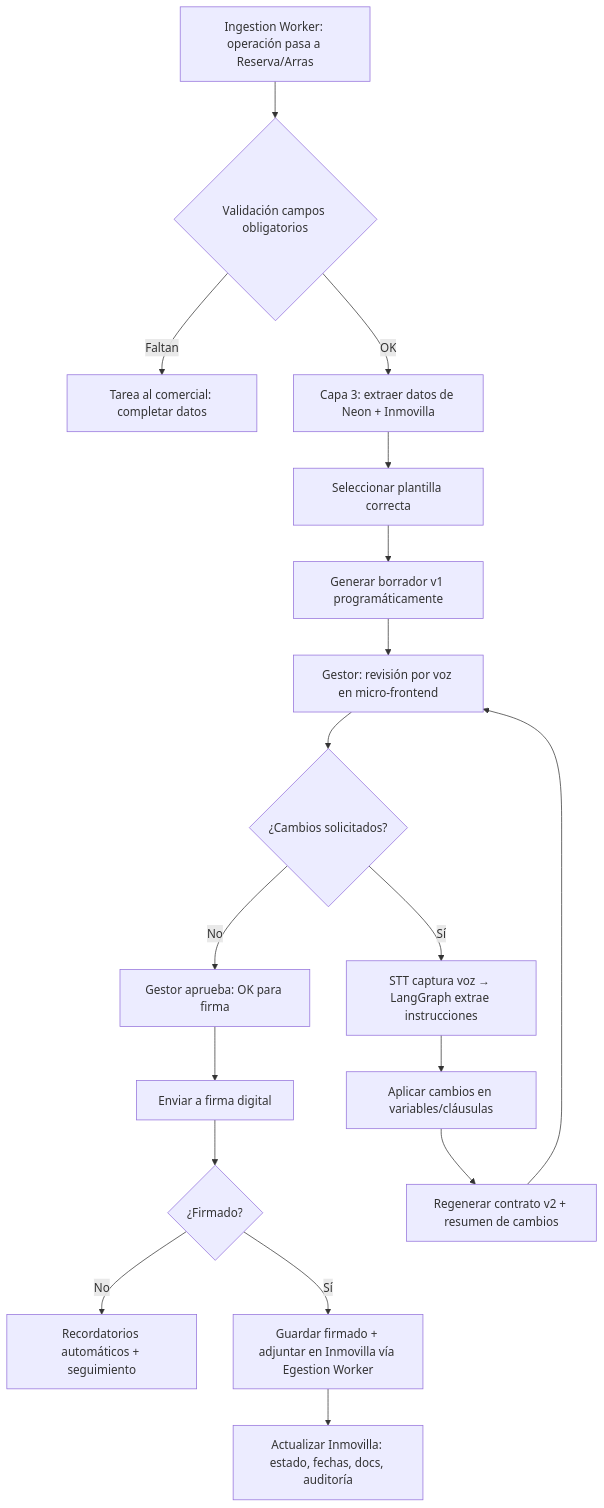
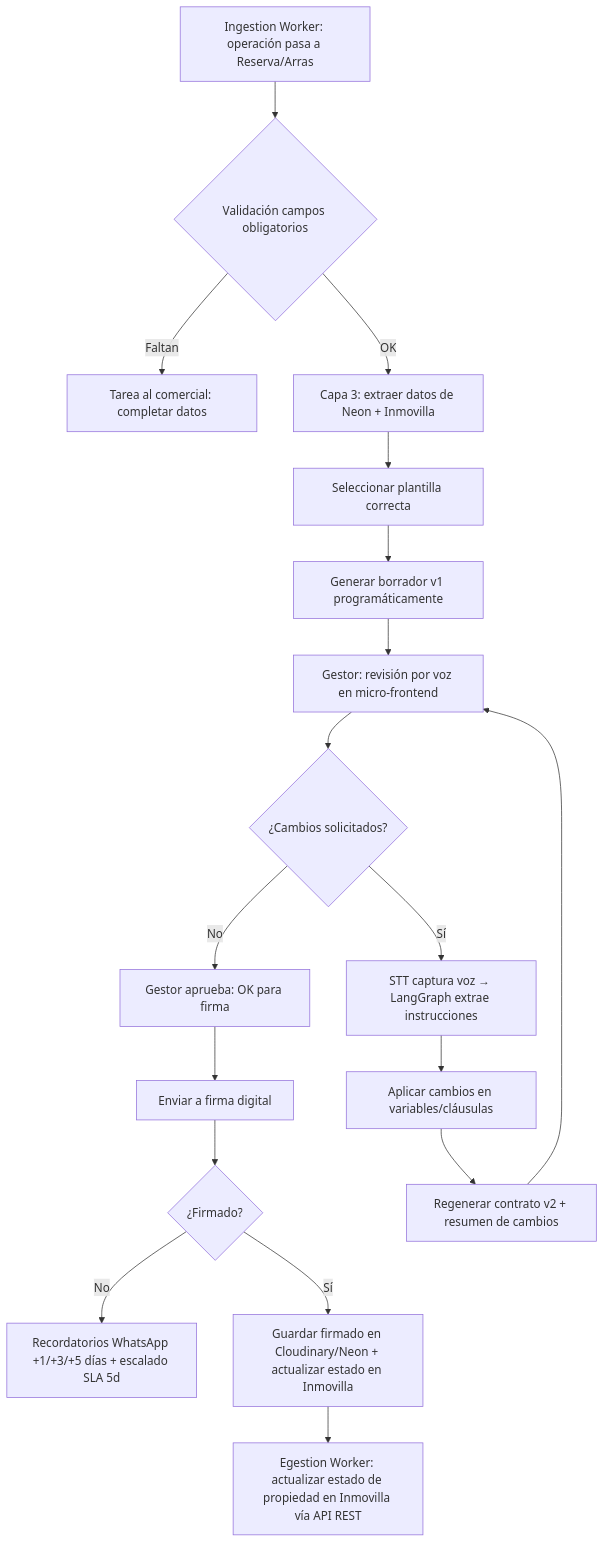
The third of 3 diagrams in README.md (masterly14/urus), drawn with Mermaid before and after one commit. The commit also changed other lines of this file and 1 other file, not shown here.

````diff
--- a/README.md
+++ b/README.md
@@ -784,21 +786,21 @@
 ```mermaid
 flowchart TD
     A[Ingestion Worker: operación pasa a Reserva/Arras] --> B{Validación campos obligatorios}
     B -->|Faltan| C[Tarea al comercial: completar datos]
     B -->|OK| D[Capa 3: extraer datos de Neon + Inmovilla]
     D --> E[Seleccionar plantilla correcta]
     E --> F[Generar borrador v1 programáticamente]
     F --> G[Gestor: revisión por voz en micro-frontend]
     G --> H{¿Cambios solicitados?}
     H -->|No| I[Gestor aprueba: OK para firma]
     H -->|Sí| J[STT captura voz → LangGraph extrae instrucciones]
     J --> K[Aplicar cambios en variables/cláusulas]
     K --> L[Regenerar contrato v2 + resumen de cambios]
     L --> G
 
     I --> M[Enviar a firma digital]
     M --> N{¿Firmado?}
-    N -->|No| O[Recordatorios automáticos + seguimiento]
-    N -->|Sí| P[Guardar firmado + adjuntar en Inmovilla vía Egestion Worker]
-    P --> Q[Actualizar Inmovilla: estado, fechas, docs, auditoría]
+    N -->|No| O[Recordatorios WhatsApp +1/+3/+5 días + escalado SLA 5d]
+    N -->|Sí| P[Guardar firmado en Cloudinary/Neon + actualizar estado en Inmovilla]
+    P --> Q[Egestion Worker: actualizar estado de propiedad en Inmovilla vía API REST]
 ```
````
